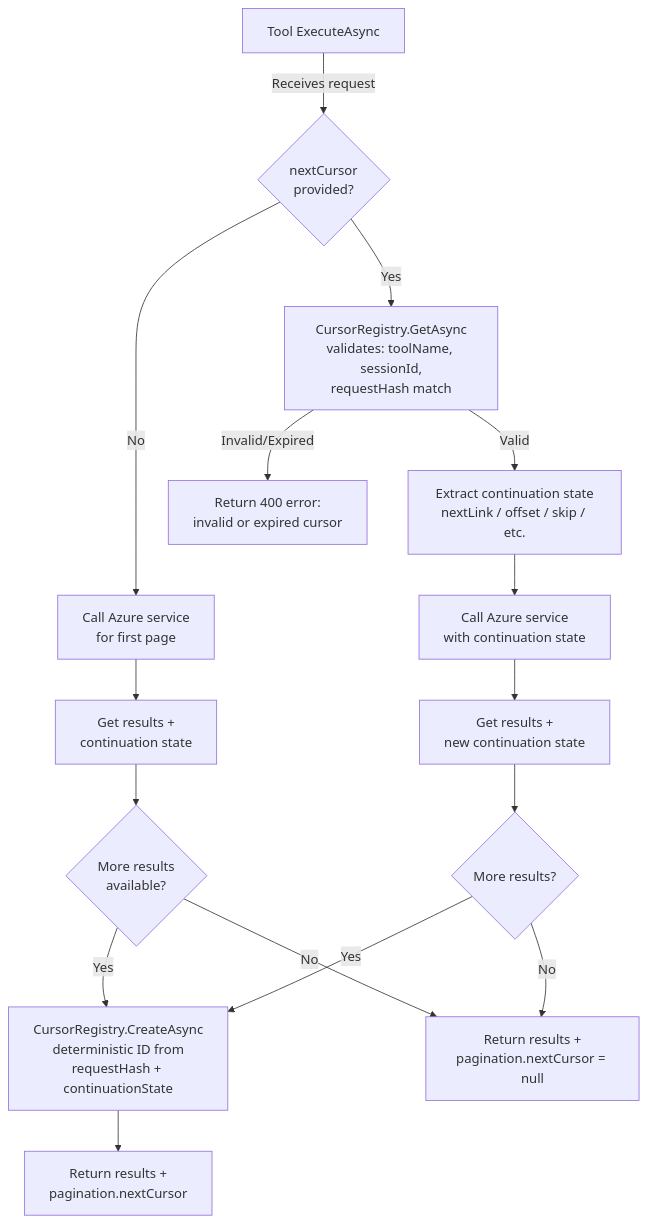
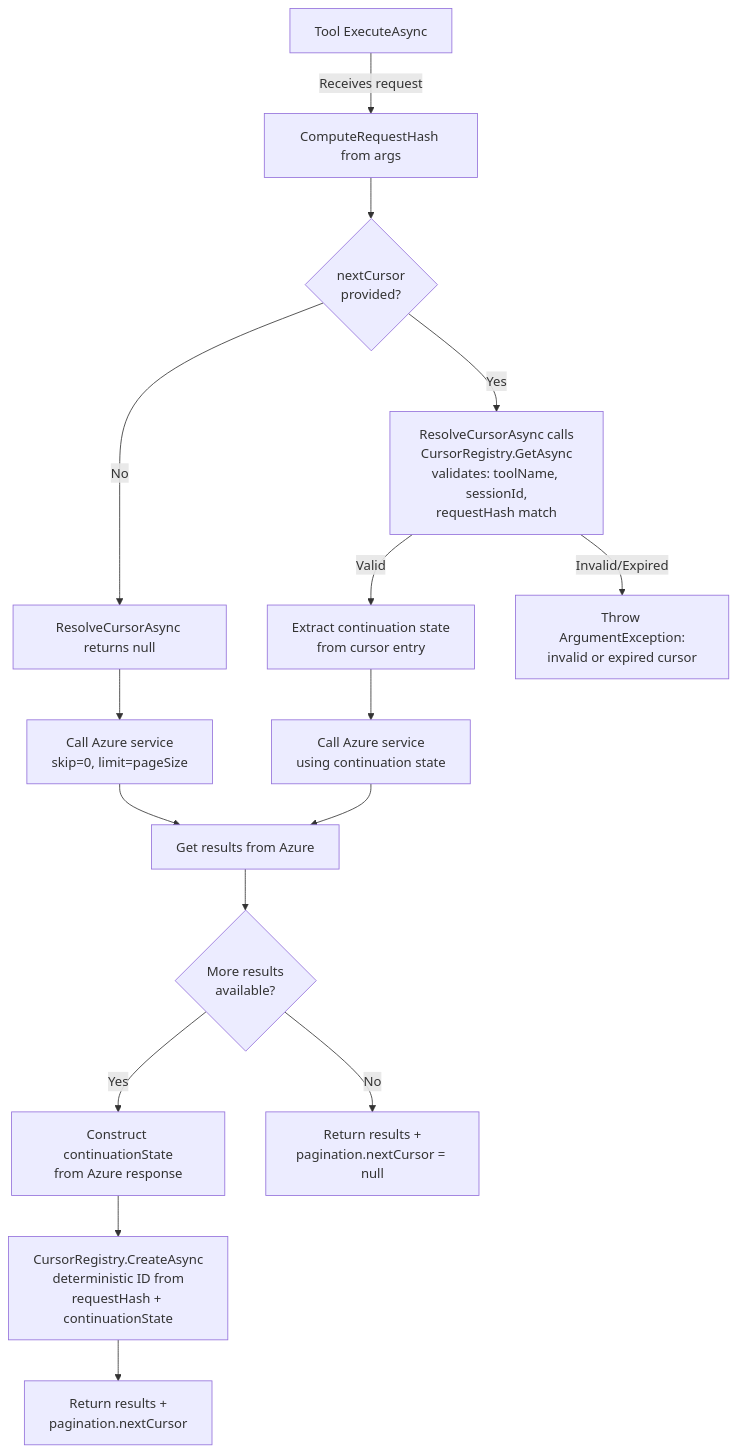
One commit to srnagar/mcp changed the second of 3 diagrams in docs/design/pagination.md. Above: the diagram before and after it, drawn with Mermaid. The commit also changed other lines of this file and 1 other file, not shown here.

````diff
--- a/docs/design/pagination.md
+++ b/docs/design/pagination.md
@@ -94,20 +93,23 @@
 ```mermaid
 flowchart TD
-    A[Tool ExecuteAsync] -->|Receives request| B{nextCursor<br/>provided?}
-    B -->|No| C[Call Azure service<br/>for first page]
-    C --> D[Get results +<br/>continuation state]
-    D --> E{More results<br/>available?}
-    E -->|Yes| F[CursorRegistry.CreateAsync<br/>deterministic ID from<br/>requestHash + continuationState]
-    F --> G[Return results +<br/>pagination.nextCursor]
-    E -->|No| H[Return results +<br/>pagination.nextCursor = null]
+    A[Tool ExecuteAsync] -->|Receives request| B[ComputeRequestHash from args]
+    B --> C{nextCursor<br/>provided?}
+    C -->|No| D[ResolveCursorAsync returns null]
+    D --> E[Call Azure service<br/>skip=0, limit=pageSize]
 
-    B -->|Yes| I[CursorRegistry.GetAsync<br/>validates: toolName, sessionId,<br/>requestHash match]
-    I -->|Valid| J[Extract continuation state<br/>nextLink / offset / skip / etc.]
-    J --> K[Call Azure service<br/>with continuation state]
-    K --> L[Get results +<br/>new continuation state]
-    L --> M{More results?}
-    M -->|Yes| F
-    M -->|No| H
+    C -->|Yes| F[ResolveCursorAsync calls<br/>CursorRegistry.GetAsync<br/>validates: toolName, sessionId,<br/>requestHash match]
+    F -->|Valid| G[Extract continuation state<br/>from cursor entry]
+    G --> H[Call Azure service<br/>using continuation state]
 
-    I -->|Invalid/Expired| P[Return 400 error:<br/>invalid or expired cursor]
+    F -->|Invalid/Expired| P[Throw ArgumentException:<br/>invalid or expired cursor]
+
+    E --> I[Get results from Azure]
+    H --> I
+
+    I --> J{More results<br/>available?}
+    J -->|Yes| K[Construct continuationState<br/>from Azure response]
+    K --> L[CursorRegistry.CreateAsync<br/>deterministic ID from<br/>requestHash + continuationState]
+    L --> M[Return results +<br/>pagination.nextCursor]
+
+    J -->|No| N[Return results +<br/>pagination.nextCursor = null]
 ```
````
